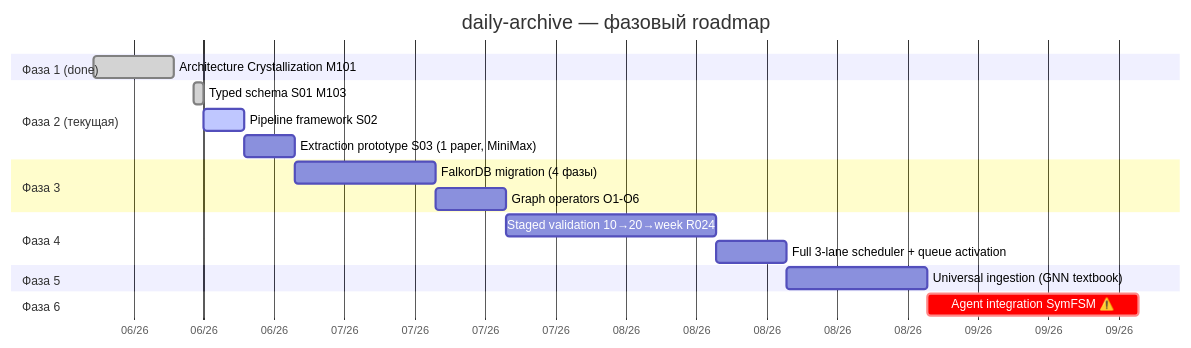
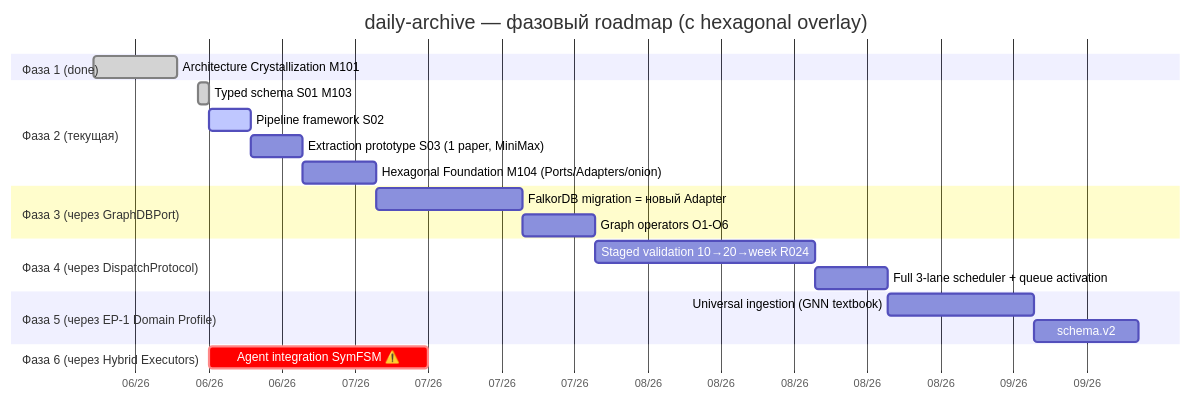
The tenth of 11 diagrams in doc/adr-v2.md (rager306/daily-archive), drawn with Mermaid before and after one commit. The commit also changed other lines of this file and 32 other files, not shown here.

````diff
--- a/doc/adr-v2.md
+++ b/doc/adr-v2.md
@@ -342,22 +344,24 @@
 ```mermaid
 gantt
-    title daily-archive — фазовый roadmap
+    title daily-archive — фазовый roadmap (с hexagonal overlay)
     dateFormat YYYY-MM-DD
     axisFormat %m/%y
     section Фаза 1 (done)
     Architecture Crystallization M101 :done, p1, 2026-06-10, 8d
     section Фаза 2 (текущая)
     Typed schema S01 M103 :done, p2a, 2026-06-20, 1d
     Pipeline framework S02 :active, p2b, after p2a, 4d
     Extraction prototype S03 (1 paper, MiniMax) :p2c, after p2b, 5d
-    section Фаза 3
-    FalkorDB migration (4 фазы) :p3, after p2c, 14d
+    Hexagonal Foundation M104 (Ports/Adapters/onion) :p2d, after p2c, 7d
+    section Фаза 3 (через GraphDBPort)
+    FalkorDB migration = новый Adapter :p3, after p2d, 14d
     Graph operators O1-O6 :p3b, after p3, 7d
-    section Фаза 4
+    section Фаза 4 (через DispatchProtocol)
     Staged validation 10→20→week R024 :p4, after p3b, 21d
     Full 3-lane scheduler + queue activation :p4b, after p4, 7d
-    section Фаза 5
+    section Фаза 5 (через EP-1 Domain Profile)
     Universal ingestion (GNN textbook) :p5, after p4b, 14d
-    section Фаза 6
-    Agent integration SymFSM ⚠️ :crit, p6, after p5, 21d
+    schema.v2: hypergraph + temporal (Hyper-Extract идеи) :p5b, after p5, 10d
+    section Фаза 6 (через Hybrid Executors)
+    Agent integration SymFSM ⚠️ :crit, p6, after p5b, 21d
 ```
````
